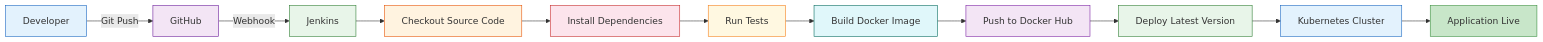
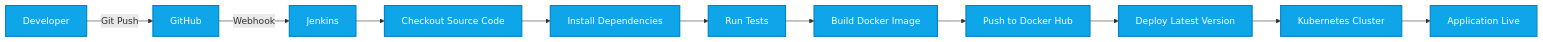
The second of 2 diagrams in README.md (PrayagDutt/enterprise-devops-platform), drawn with Mermaid before and after one commit. The commit also changed other lines of this file, not shown here.

````diff
--- a/README.md
+++ b/README.md
@@ -131,26 +143,15 @@
 ```mermaid
 flowchart LR
     A[Developer] -->|Git Push| B[GitHub]
     B -->|Webhook| C[Jenkins]
     C --> D[Checkout Source Code]
     D --> E[Install Dependencies]
     E --> F[Run Tests]
     F --> G[Build Docker Image]
     G --> H[Push to Docker Hub]
     H --> I[Deploy Latest Version]
     I --> J[Kubernetes Cluster]
     J --> K[Application Live]
     
-    style A fill:#e3f2fd,stroke:#1565c0
-    style B fill:#f3e5f5,stroke:#6a1b9a
-    style C fill:#e8f5e9,stroke:#2e7d32
-    style D fill:#fff3e0,stroke:#e65100
-    style E fill:#fce4ec,stroke:#c62828
-    style F fill:#fff8e1,stroke:#f57f17
-    style G fill:#e0f7fa,stroke:#00695c
-    style H fill:#f3e5f5,stroke:#7b1fa2
-    style I fill:#e8f5e9,stroke:#2e7d32
-    style J fill:#e3f2fd,stroke:#1565c0
-    style K fill:#c8e6c9,stroke:#388e3c
-
+    classDef default fill:#0ea5e9,stroke:#0284c7,stroke-width:2px,color:#ffffff;
 ```
````
